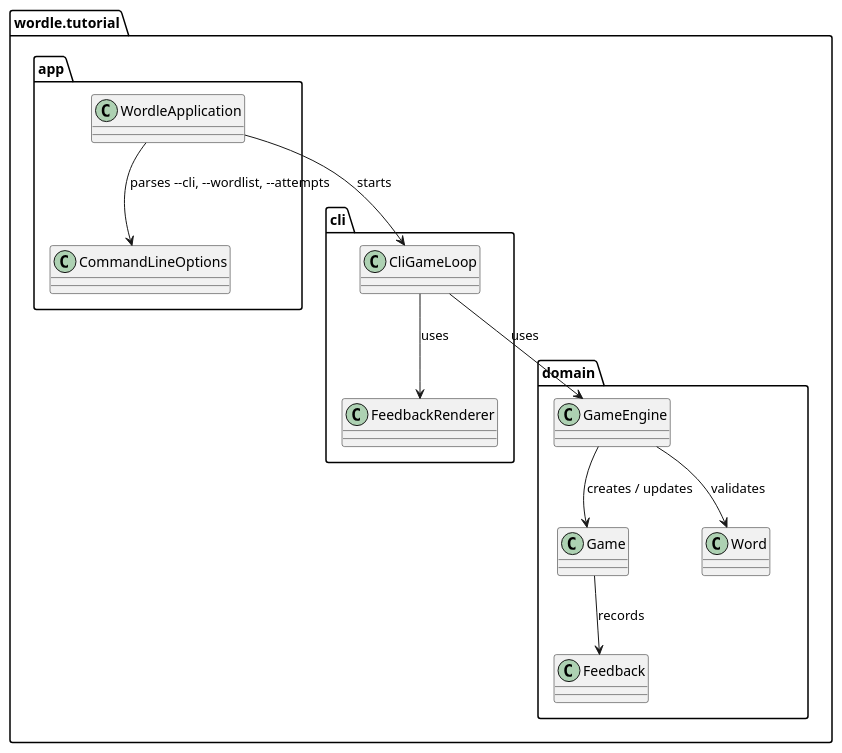
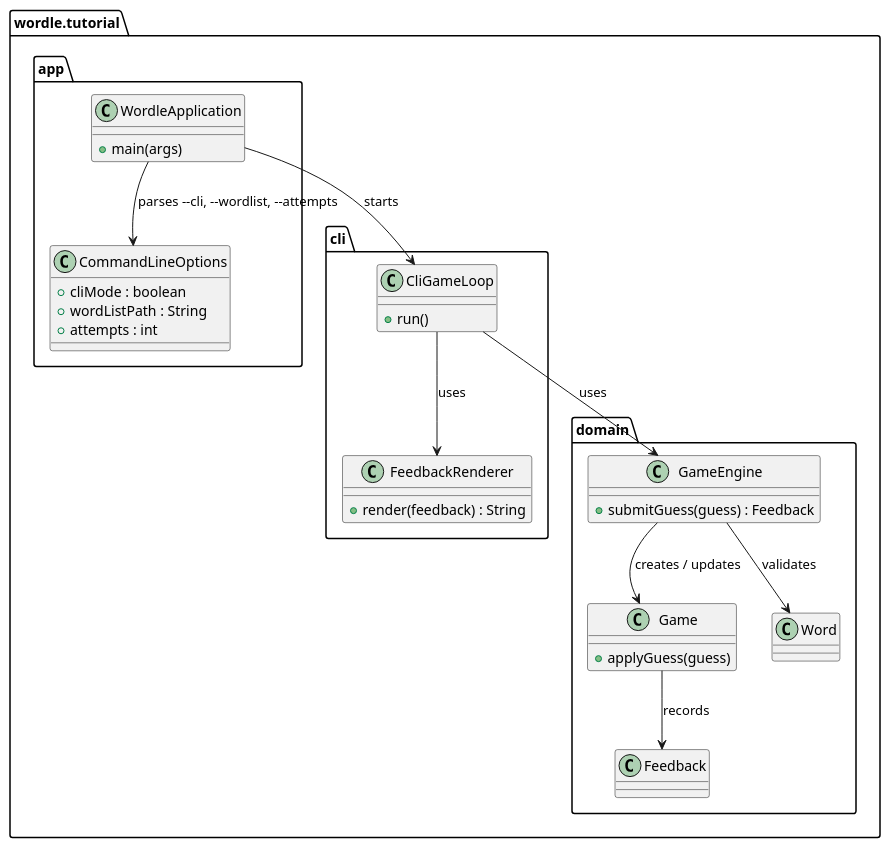
Before and after one commit to dpolivaev/spec-loop: the fourth of 5 diagrams in skills/spec-loop-plan-task/examples/example-task-wordle-cli.md, drawn with PlantUML. The commit also changed 4 other files, not shown here.

Commit message:
Strengthen class-diagram rules for task-file planning

````diff
--- a/skills/spec-loop-plan-task/examples/example-task-wordle-cli.md
+++ b/skills/spec-loop-plan-task/examples/example-task-wordle-cli.md
@@ -123,32 +123,46 @@
   ```plantuml
   @startuml
   set separator none
 
   package "wordle.tutorial" {
     package "app" {
-      class WordleApplication
-      class CommandLineOptions
+      class WordleApplication {
+        + main(args)
+      }
+      class CommandLineOptions {
+        + cliMode : boolean
+        + wordListPath : String
+        + attempts : int
+      }
     }
 
     package "cli" {
-      class CliGameLoop
-      class FeedbackRenderer
+      class CliGameLoop {
+        + run()
+      }
+      class FeedbackRenderer {
+        + render(feedback) : String
+      }
     }
 
     package "domain" {
-      class Game
-      class GameEngine
+      class Game {
+        + applyGuess(guess)
+      }
+      class GameEngine {
+        + submitGuess(guess) : Feedback
+      }
       class Feedback
       class Word
     }
   }
 
   WordleApplication --> CommandLineOptions : parses ~--cli, ~--wordlist, ~--attempts
   WordleApplication --> CliGameLoop : starts
   CliGameLoop --> GameEngine : uses
   CliGameLoop --> FeedbackRenderer : uses
   GameEngine --> Game : creates / updates
   GameEngine --> Word : validates
   Game --> Feedback : records
   @enduml
   ```
````
